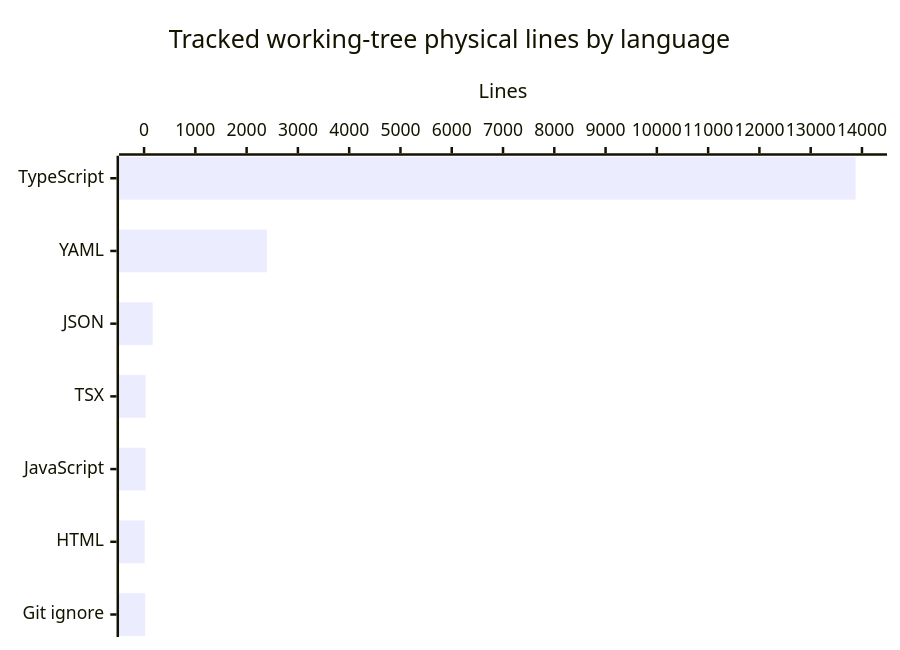
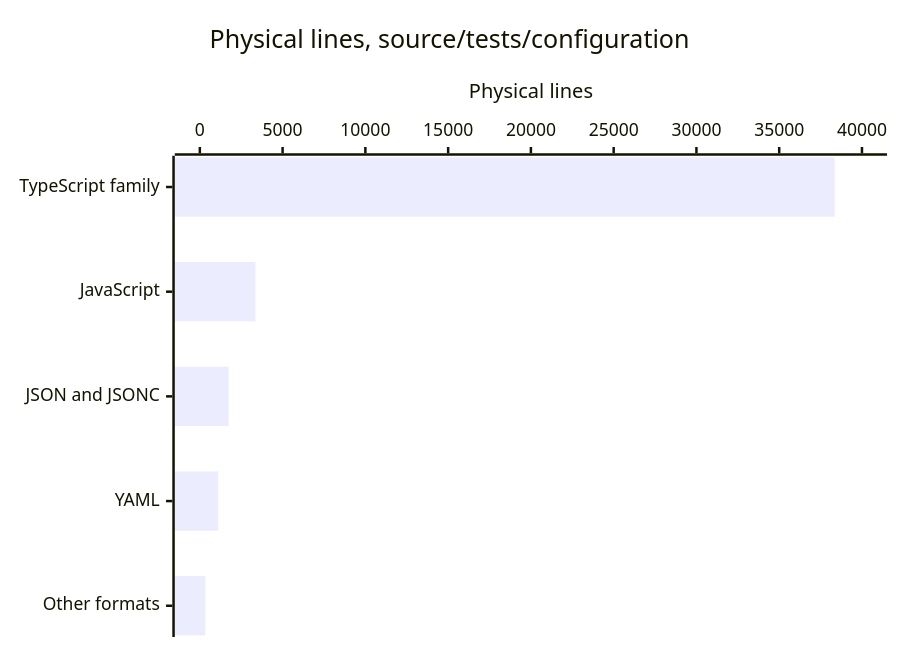
One commit to VeroxAUS/homestream changed the diagram in droid-wiki/by-the-numbers.md. Above: the diagram before and after it, drawn with Mermaid. The commit also changed other lines of this file and 48 other files, not shown here.

````diff
--- a/droid-wiki/by-the-numbers.md
+++ b/droid-wiki/by-the-numbers.md
@@ -33,7 +44,7 @@
 ```mermaid
 xychart-beta horizontal
-    title "Tracked working-tree physical lines by language"
-    x-axis ["TypeScript", "YAML", "JSON", "TSX", "JavaScript", "HTML", "Git ignore"]
-    y-axis "Lines" 0 --> 14000
-    bar [13875, 2395, 168, 29, 29, 12, 22]
+    title "Physical lines, source/tests/configuration"
+    x-axis ["TypeScript family", "JavaScript", "JSON and JSONC", "YAML", "Other formats"]
+    y-axis "Physical lines" 0 --> 40000
+    bar [38355, 3361, 1739, 1110, 334]
 ```
````
